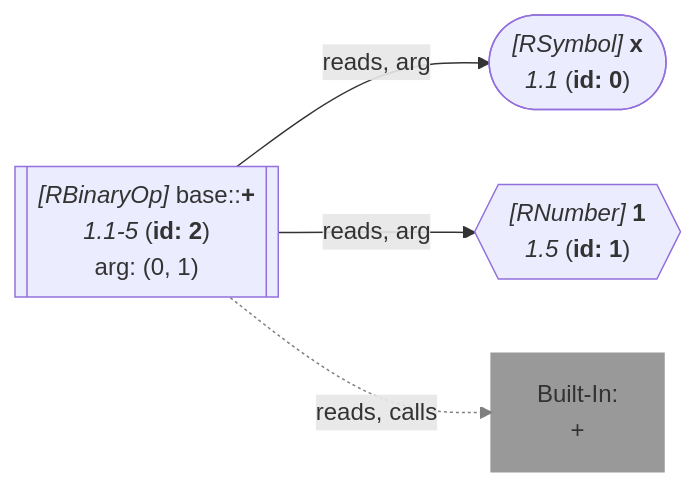
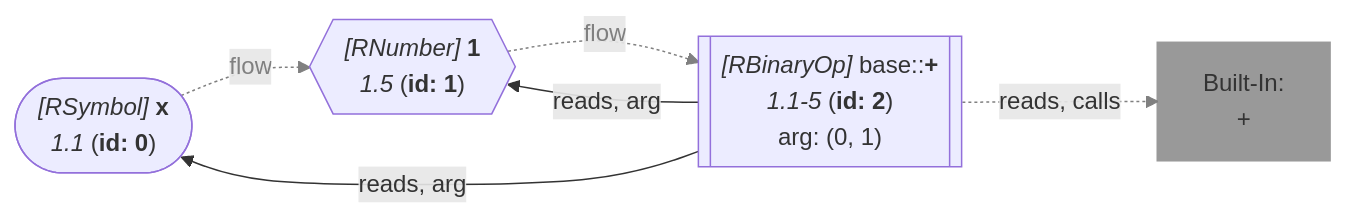
One commit to flowr-analysis/flowr changed the diagram in wiki/[Query] Call-Graph.md. Above: the diagram before and after it, drawn with Mermaid. The commit also changed other lines of this file and 141 other files, not shown here.

````diff
--- a/wiki/[Query] Call-Graph.md
+++ b/wiki/[Query] Call-Graph.md
@@ -118,19 +118,21 @@
 ```mermaid
 flowchart LR
     0(["`*#91;RSymbol#93;* **x**
       *1.1* (**id: 0**)`"])
-   %% No edges found for 0
     1{{"`*#91;RNumber#93;* **1**
       *1.5* (**id: 1**)`"}}
-   %% No edges found for 1
     2[["`*#91;RBinaryOp#93;* base#58;#58;**#43;**
       *1.1-5* (**id: 2**)
     arg: (0, 1)`"]]
     built-in:_["`Built-In:
 #43;`"]
     style built-in:_ stroke:gray,fill:gray,stroke-width:2px,opacity:.8;
+    0 -.->|"flow"| 1
+    linkStyle 0 stroke:gray,color:gray;
+    1 -.->|"flow"| 2
+    linkStyle 1 stroke:gray,color:gray;
     2 -->|"reads, arg"| 0
     2 -->|"reads, arg"| 1
     2 -.->|"reads, calls"| built-in:_
-    linkStyle 2 stroke:gray;
+    linkStyle 4 stroke:gray;
 ```
````
